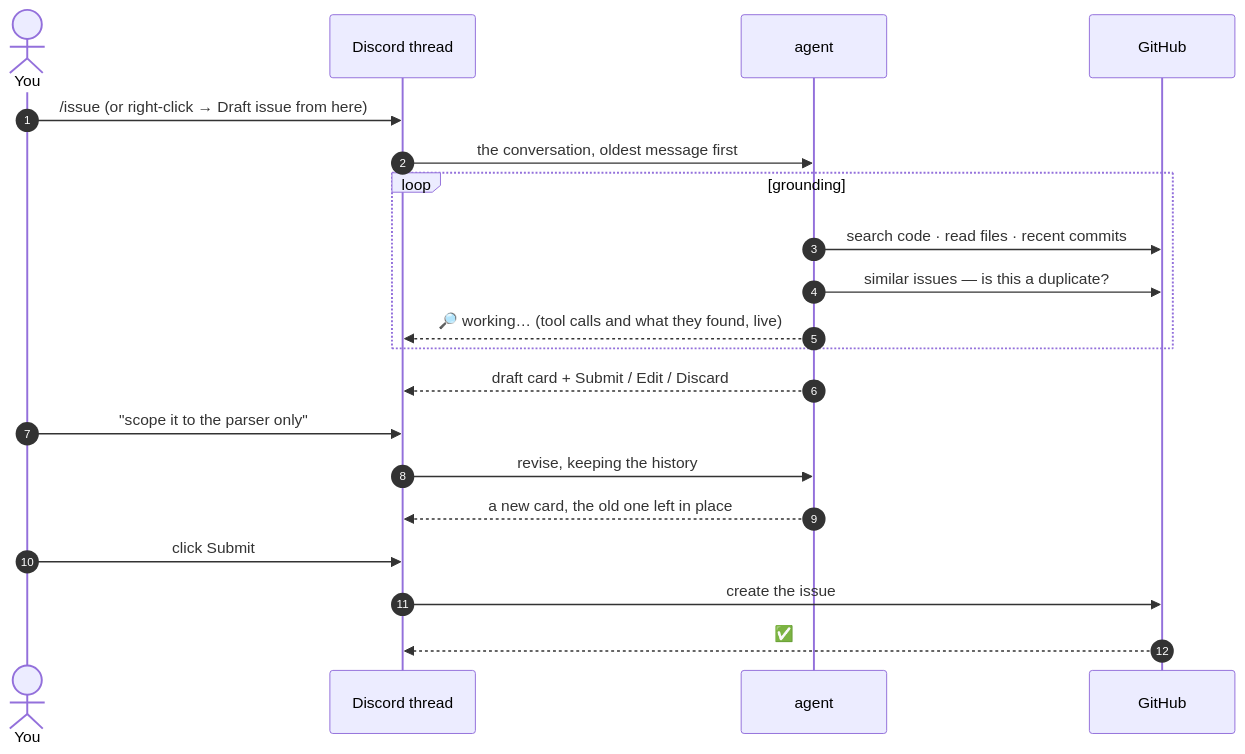
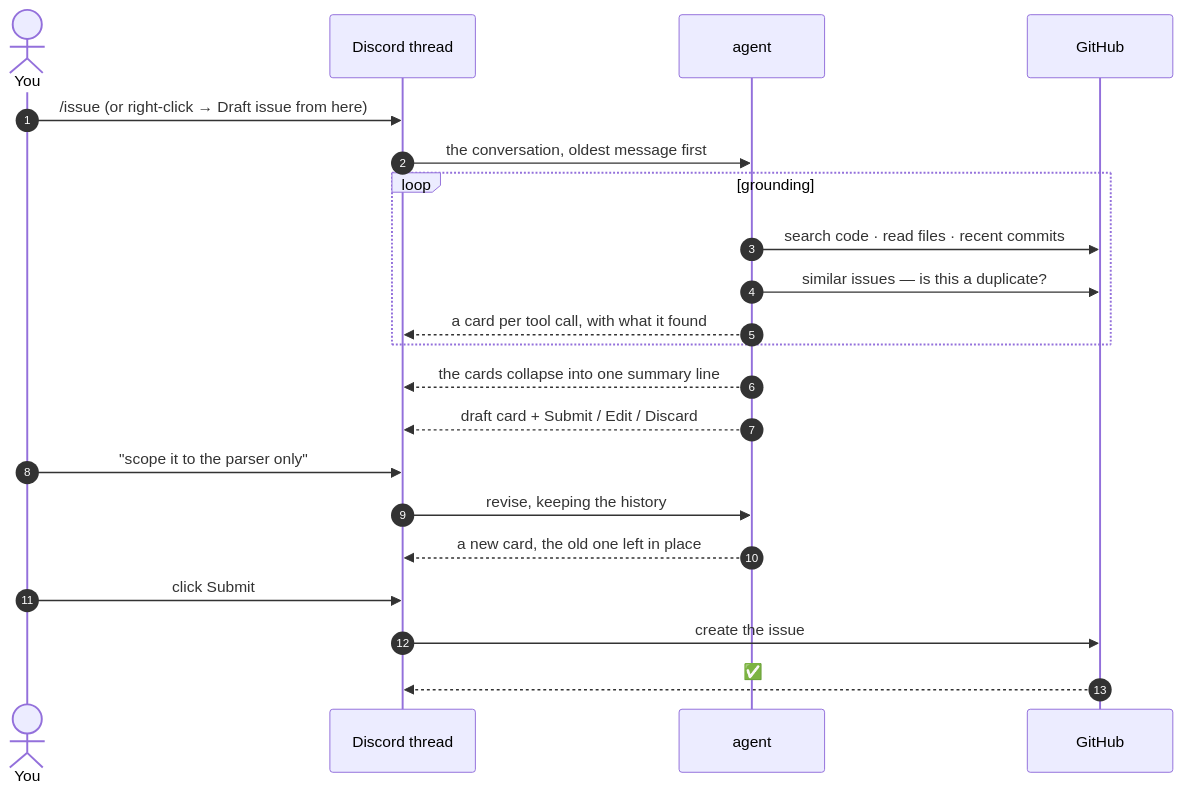
The diagram in docs/issues.md (ranqialabs/workspace), drawn with Mermaid before and after one commit. The commit also changed other lines of this file and 4 other files, not shown here.

Commit message:
feat: post a card per tool call while a draft runs, then collapse them (closes #4)

````diff
--- a/docs/issues.md
+++ b/docs/issues.md
@@ -23,23 +23,24 @@
 ```mermaid
 sequenceDiagram
   autonumber
   actor You
   participant D as Discord thread
   participant A as agent
   participant GH as GitHub
 
   You->>D: /issue (or right-click → Draft issue from here)
   D->>A: the conversation, oldest message first
   loop grounding
     A->>GH: search code · read files · recent commits
     A->>GH: similar issues — is this a duplicate?
-    A-->>D: 🔎 working… (tool calls and what they found, live)
+    A-->>D: a card per tool call, with what it found
   end
+  A-->>D: the cards collapse into one summary line
   A-->>D: draft card + Submit / Edit / Discard
   You->>D: "scope it to the parser only"
   D->>A: revise, keeping the history
   A-->>D: a new card, the old one left in place
   You->>D: click Submit
   D->>GH: create the issue
   GH-->>D: ✅ #123 created
 ```
````
